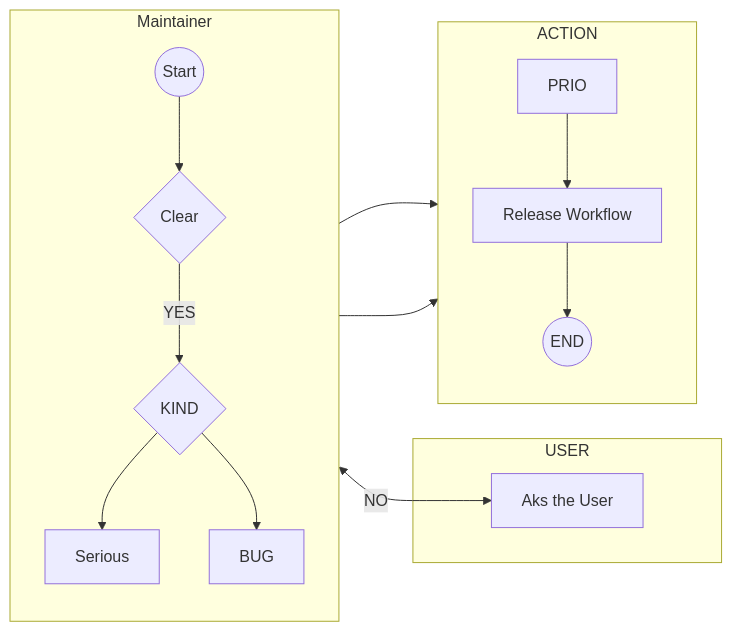
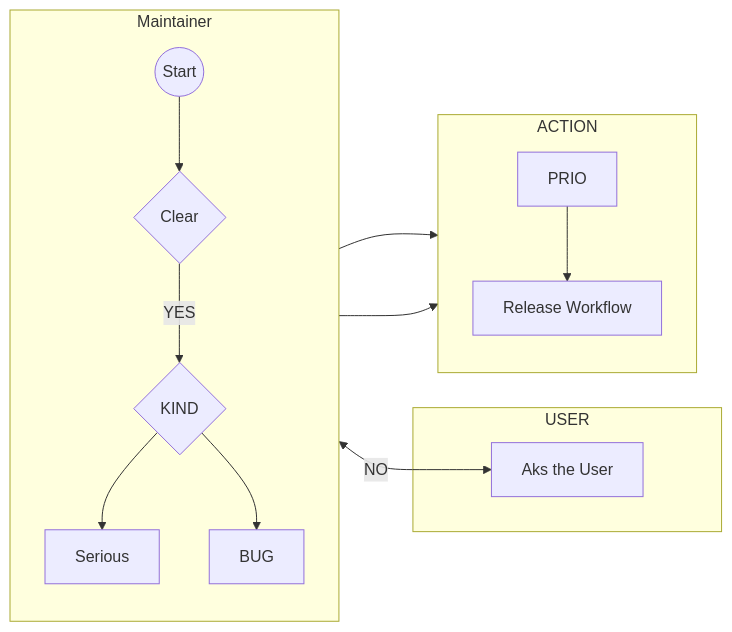
The diagram in docs/workflow_bug.md (GFGMNET/Workspace), drawn with Mermaid before and after one commit.

````diff
--- a/docs/workflow_bug.md
+++ b/docs/workflow_bug.md
@@ -1,32 +1,31 @@
 ```mermaid
 flowchart LR
  subgraph Maintainer
   direction TB
   STA@{ shape: circle, label: "Start" }
   DEA[Serious]
   BUG[BUG]
   CLE{Clear}
   KIN{KIND}
  end
  subgraph USER
   COM[Aks the User]
  end
  subgraph ACTION
   direction TB
   SET[PRIO]
   PLAN[Release Workflow]
-  END@{ shape: circle, label: "END" }
  end
  
  STA --> CLE
  CLE <--> |NO|COM 
  CLE --> |YES|KIN
  KIN --> DEA
  KIN --> BUG
  DEA --> SET
  BUG --> SET
  SET --> PLAN
- PLAN --> END
+
 
  
 ```
````
